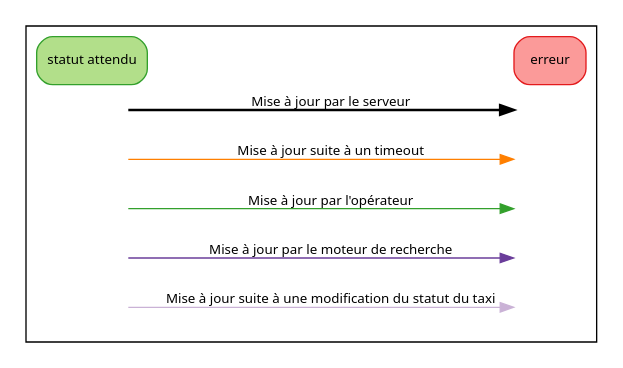
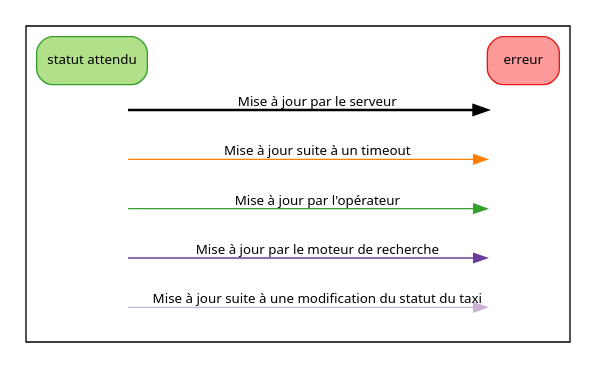
The diagram in public/images/doc/legend.gv (openmaraude/console), drawn with Graphviz before and after one commit. The commit also changed 2 other files, not shown here.

Commit message:
restore the legend about the big graph for now
I have to find something elegant.

```diff
--- a/public/images/doc/legend.gv
+++ b/public/images/doc/legend.gv
@@ -1,17 +1,18 @@
 digraph {
     rankdir=LR;
     nodesep=0;
+    ranksep=0;
     node [shape=box,style="rounded,filled",fontname=sans,fontsize=10,colorscheme=paired10];
     edge [fontname=sans,fontsize=10,colorscheme=paired10];
     subgraph cluster {
         expected [color=4,fillcolor=3,label="statut attendu"];
         error [color=6,fillcolor=5,label="erreur"];
         expected -> error [style=invis];
         node [style=invis];
         a -> b [style=bold,label="Mise à jour par le serveur"];
         c -> d [color=8,label="Mise à jour suite à un timeout"];
         e -> f [color=4,label="Mise à jour par l'opérateur"];
         g -> h [color=10,label="Mise à jour par le moteur de recherche"];
         i -> j [color=9, label="Mise à jour suite à une modification du statut du taxi"];
   }
 }
```
